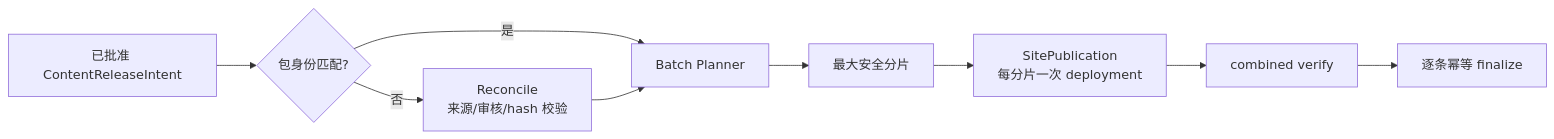
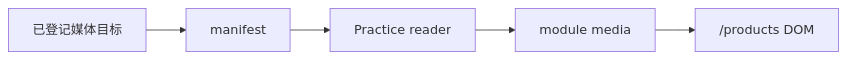
Before and after one commit to Chizheng4/xingbuild: the diagram in docs/iterations/current.md, drawn with Mermaid. The commit also changed other lines of this file and 14 other files, not shown here.

Commit message:
release: v0.25.3 practice media projection

````diff
--- a/docs/iterations/current.md
+++ b/docs/iterations/current.md
@@ -13,11 +13,7 @@
 ```mermaid
 flowchart LR
-    I["已批准 ContentReleaseIntent"] --> R{"包身份匹配?"}
-    R -->|否| X["Reconcile\n来源/审核/hash 校验"]
-    R -->|是| P["Batch Planner"]
-    X --> P
-    P --> S["最大安全分片"]
-    S --> D["SitePublication\n每分片一次 deployment"]
-    D --> V["combined verify"]
-    V --> F["逐条幂等 finalize"]
+    A["已登记媒体目标"] --> B["manifest"]
+    B --> C["Practice reader"]
+    C --> D["module media"]
+    D --> E["/products DOM"]
 ```
````
